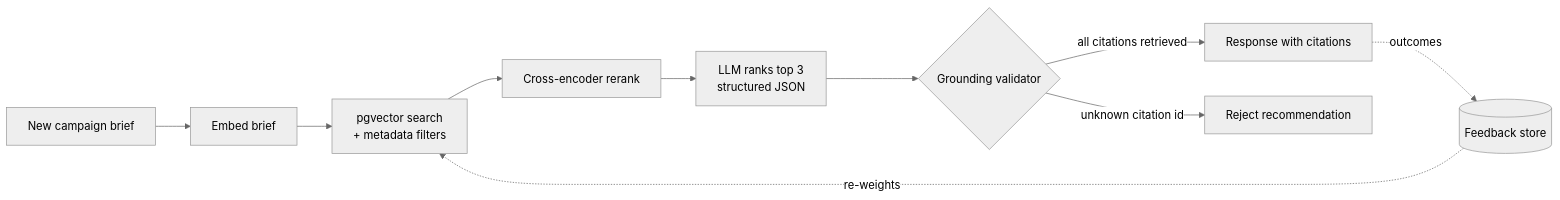
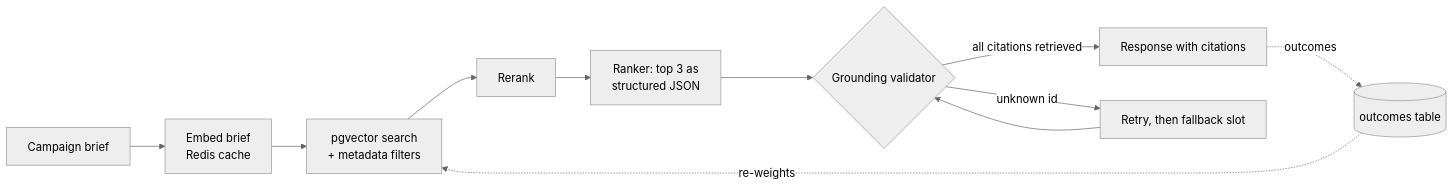
Before and after one commit to dakshshukla10/campaign-lookalike-rag: the diagram in docs/architecture.md, drawn with Mermaid (neutral theme). The commit also changed other lines of this file and 3 other files, not shown here.

````diff
--- a/docs/architecture.md
+++ b/docs/architecture.md
@@ -8,12 +5,13 @@
 ```mermaid
 flowchart LR
-    A[New campaign brief] --> B[Embed brief]
+    A[Campaign brief] --> B[Embed brief<br/>Redis cache]
     B --> C[pgvector search<br/>+ metadata filters]
-    C --> D[Cross-encoder rerank]
-    D --> E[LLM ranks top 3<br/>structured JSON]
+    C --> D[Rerank]
+    D --> E[Ranker: top 3 as<br/>structured JSON]
     E --> F{Grounding validator}
     F -->|all citations retrieved| G[Response with citations]
-    F -->|unknown citation id| H[Reject recommendation]
-    G -.outcomes.-> I[(Feedback store)]
+    F -->|unknown id| H[Retry, then fallback slot]
+    H --> F
+    G -.outcomes.-> I[(outcomes table)]
     I -.re-weights.-> C
 ```
````
